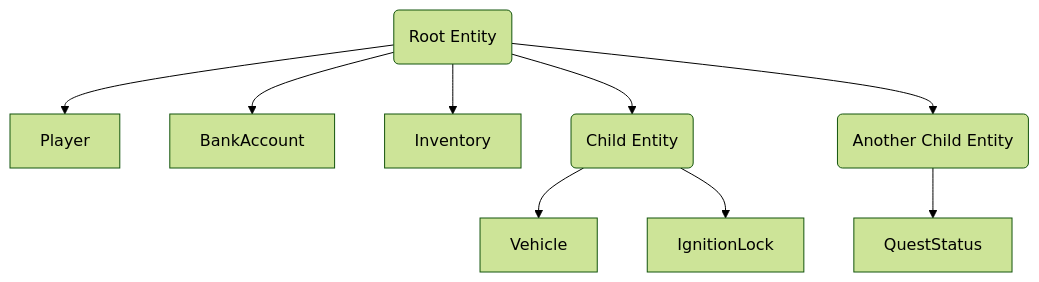
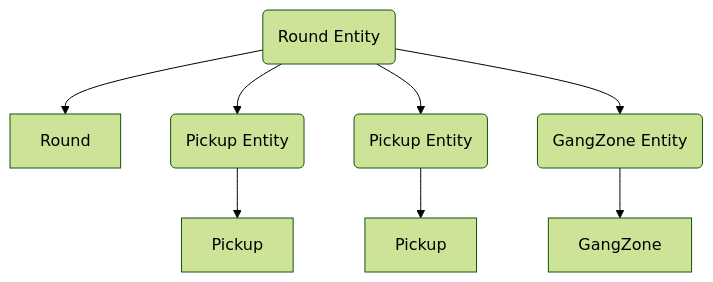
One commit to SampSharp/docs changed the diagram in docs/core-concepts/entities-components.md. Above: the diagram before and after it, drawn with Mermaid (forest theme). The commit also changed other lines of this file and 19 other files, not shown here.

````diff
--- a/docs/core-concepts/entities-components.md
+++ b/docs/core-concepts/entities-components.md
@@ -82,11 +83,10 @@
 ```mermaid
 graph TD
-    A(Root Entity) --> B[Player]
-    A --> C[BankAccount]
-    A --> E[Inventory]
-    A --> D(Child Entity)
-    D --> F[Vehicle]
-    D --> I[IgnitionLock]
-    A --> G(Another Child Entity)
-    G --> H[QuestStatus]
+    R(Round Entity) --> RC[Round]
+    R --> P1(Pickup Entity)
+    P1 --> P1C[Pickup]
+    R --> P2(Pickup Entity)
+    P2 --> P2C[Pickup]
+    R --> GZ(GangZone Entity)
+    GZ --> GZC[GangZone]
 ```
````
